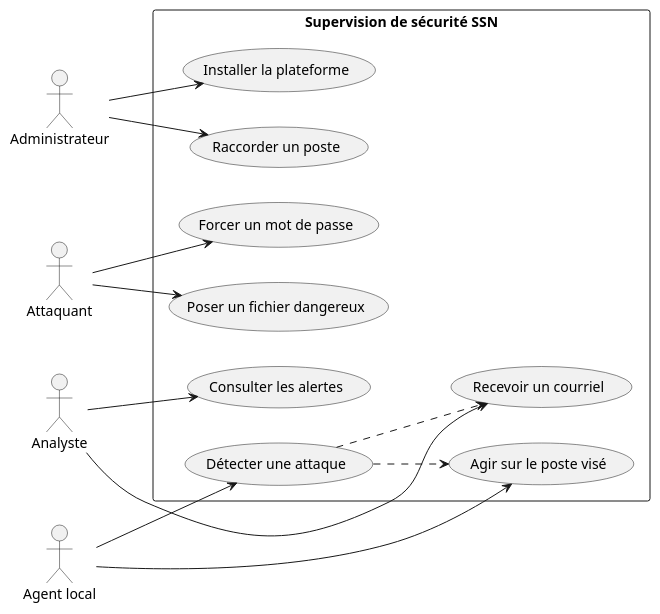
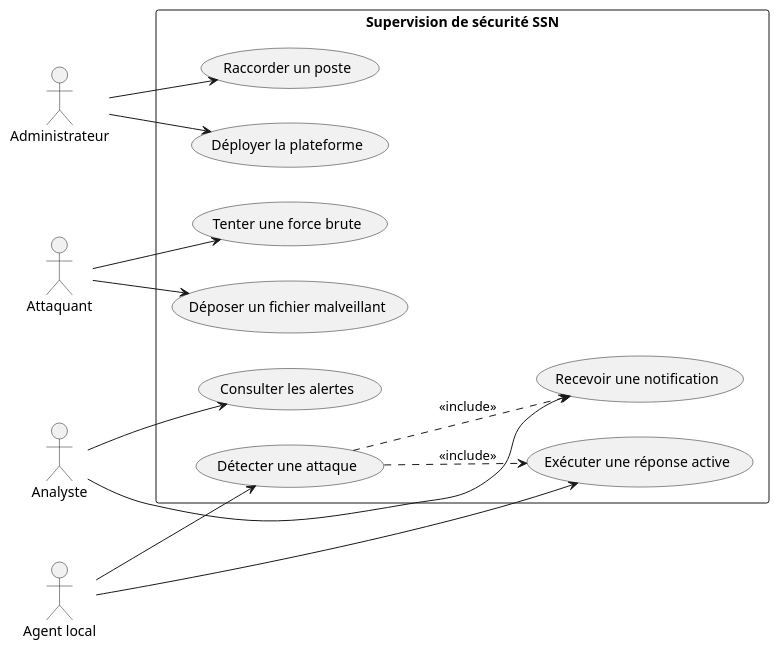
The first of 4 diagrams in rapport/chapitre-3.md (nklorenzo/wazuh-cloud-deployment-pipeline), drawn with PlantUML before and after one commit. The commit also changed other lines of this file, not shown here.

````diff
--- a/rapport/chapitre-3.md
+++ b/rapport/chapitre-3.md
@@ -115,31 +111,31 @@
 ```plantuml
 @startuml
 left to right direction
 actor "Administrateur" as Admin
 actor "Analyste" as Analyste
 actor "Agent local" as Agent
 actor "Attaquant" as Attaquant
 
 rectangle "Supervision de sécurité SSN" {
-  usecase "Installer la plateforme" as UC1
+  usecase "Déployer la plateforme" as UC1
   usecase "Raccorder un poste" as UC2
   usecase "Consulter les alertes" as UC3
-  usecase "Recevoir un courriel" as UC4
+  usecase "Recevoir une notification" as UC4
   usecase "Détecter une attaque" as UC5
-  usecase "Agir sur le poste visé" as UC6
-  usecase "Forcer un mot de passe" as UC7
-  usecase "Poser un fichier dangereux" as UC8
+  usecase "Exécuter une réponse active" as UC6
+  usecase "Tenter une force brute" as UC7
+  usecase "Déposer un fichier malveillant" as UC8
 }
 
 Admin --> UC1
 Admin --> UC2
 Analyste --> UC3
 Analyste --> UC4
 Agent --> UC5
 Agent --> UC6
 Attaquant --> UC7
 Attaquant --> UC8
-UC5 ..> UC6
-UC5 ..> UC4
+UC5 ..> UC6 : <<include>>
+UC5 ..> UC4 : <<include>>
 @enduml
 ```
````
